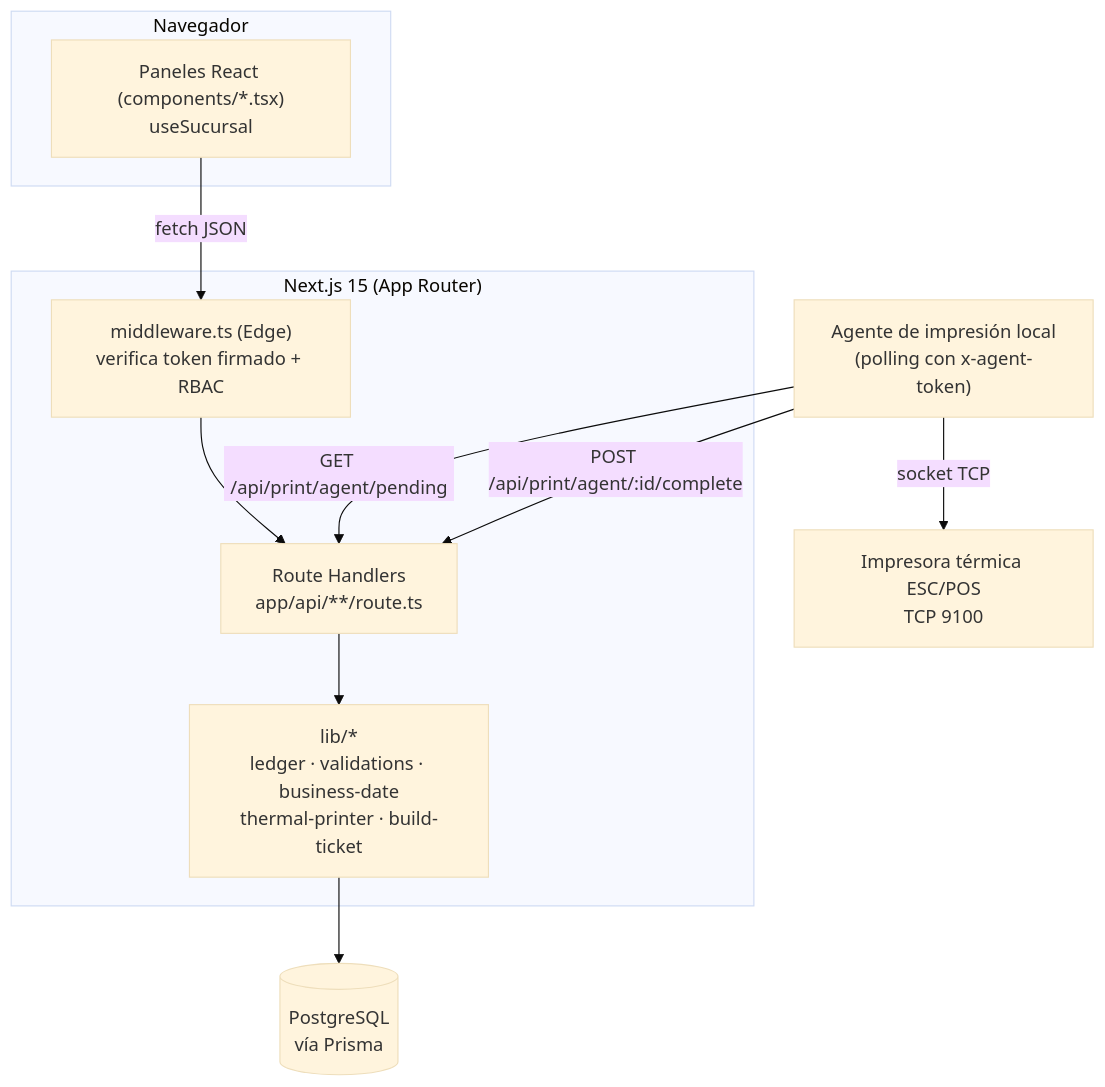
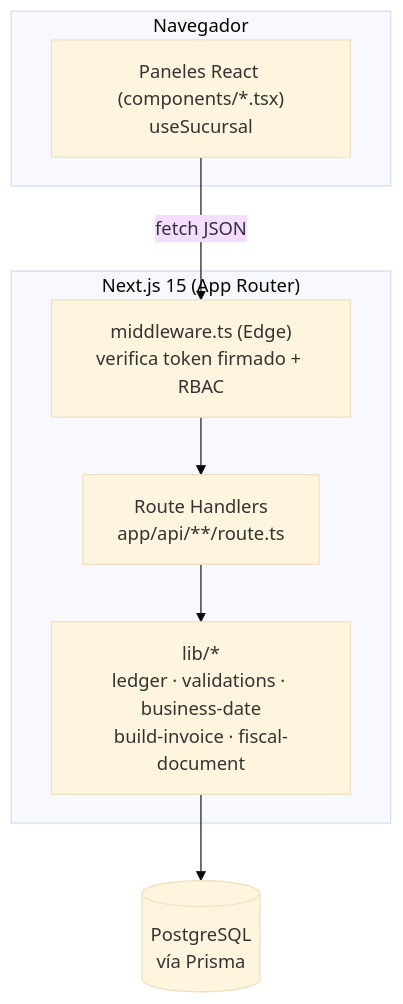
One commit to javier-rapalo23/C-Control changed the first of 2 diagrams in DOCUMENTACION.md. Above: the diagram before and after it, drawn with Mermaid (base theme). The commit also changed other lines of this file and 28 other files, not shown here.

Commit message:
Cambios en la impresión de facturas y notas de venta, incluyendo mejoras en el formato y la compatibilidad con diferentes tipos de impresoras. Se han realizado ajustes en los componentes de impresión y se han agregado nuevas validaciones para garantizar la correcta generación de documentos fiscales.

````diff
--- a/DOCUMENTACION.md
+++ b/DOCUMENTACION.md
@@ -111,21 +111,16 @@
 ```mermaid
 flowchart TB
   subgraph Cliente["Navegador"]
     UI["Paneles React (components/*.tsx)<br/>useSucursal"]
   end
 
   subgraph Next["Next.js 15 (App Router)"]
     MW["middleware.ts (Edge)<br/>verifica token firmado + RBAC"]
     RH["Route Handlers<br/>app/api/**/route.ts"]
-    LIB["lib/*<br/>ledger · validations · business-date<br/>thermal-printer · build-ticket"]
+    LIB["lib/*<br/>ledger · validations · business-date<br/>build-invoice · fiscal-document"]
   end
 
   DB[("PostgreSQL<br/>vía Prisma")]
-  AGENT["Agente de impresión local<br/>(polling con x-agent-token)"]
-  PRN["Impresora térmica ESC/POS<br/>TCP 9100"]
 
   UI -->|fetch JSON| MW --> RH --> LIB --> DB
-  AGENT -->|GET /api/print/agent/pending| RH
-  AGENT -->|socket TCP| PRN
-  AGENT -->|POST /api/print/agent/:id/complete| RH
 ```
````
